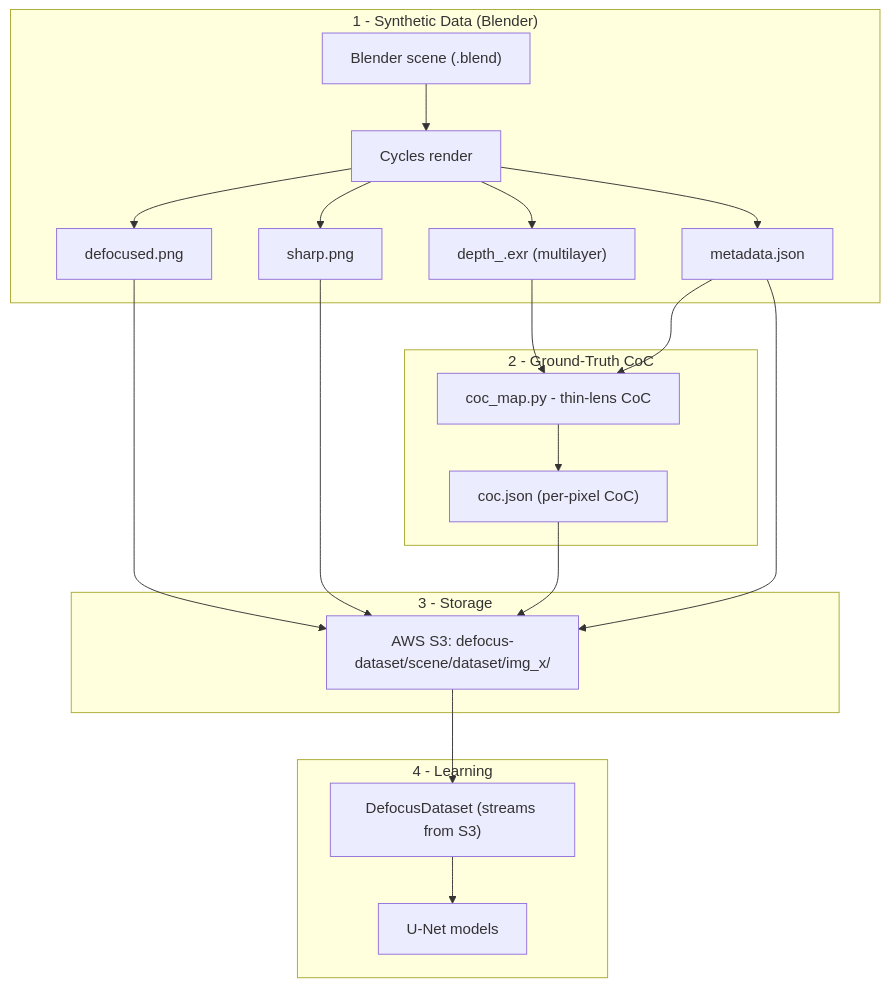
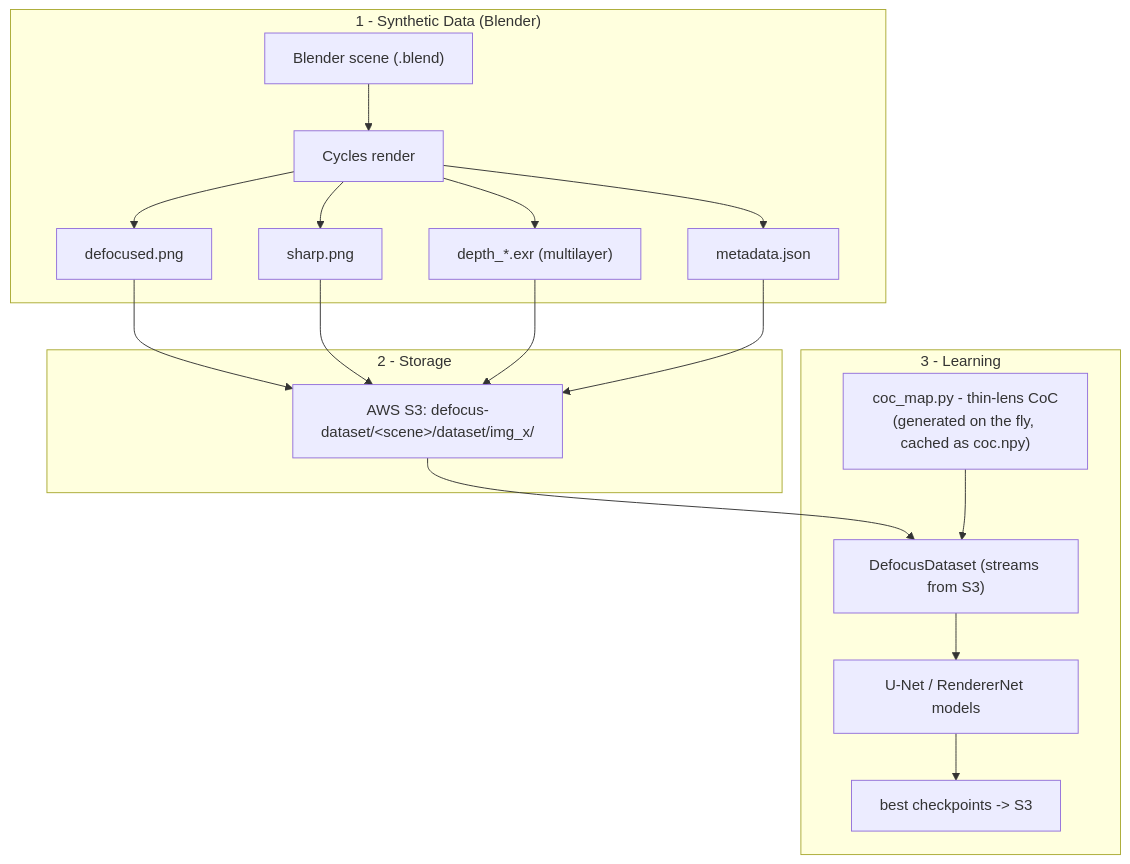
Before and after one commit to tejaswitripathi/Image-Refocusing: the first of 2 diagrams in README.md, drawn with Mermaid. The commit also changed other lines of this file and 4 other files, not shown here.

````diff
--- a/README.md
+++ b/README.md
@@ -49,25 +50,21 @@
 ```mermaid
 flowchart TD
     subgraph DATA["1 - Synthetic Data (Blender)"]
         B["Blender scene (.blend)"] --> R["Cycles render"]
         R --> D1["defocused.png"]
         R --> D2["sharp.png"]
-        R --> D3["depth_.exr (multilayer)"]
+        R --> D3["depth_*.exr (multilayer)"]
         R --> D4["metadata.json"]
     end
 
-    subgraph COC["2 - Ground-Truth CoC"]
-        D3 --> C["coc_map.py - thin-lens CoC"]
-        D4 --> C
-        C --> COCJSON["coc.json (per-pixel CoC)"]
+    subgraph CLOUD["2 - Storage"]
+        D1 & D2 & D3 & D4 --> S3["AWS S3: defocus-dataset/&lt;scene&gt;/dataset/img_x/"]
     end
 
-    subgraph CLOUD["3 - Storage"]
-        D1 & D2 & D4 & COCJSON --> S3["AWS S3: defocus-dataset/scene/dataset/img_x/"]
-    end
-
-    subgraph TRAIN["4 - Learning"]
+    subgraph TRAIN["3 - Learning"]
         S3 --> DS["DefocusDataset (streams from S3)"]
-        DS --> M["U-Net models"]
+        C["coc_map.py - thin-lens CoC<br/>(generated on the fly, cached as coc.npy)"] --> DS
+        DS --> M["U-Net / RendererNet models"]
+        M --> CK["best checkpoints -> S3"]
     end
 ```
````
